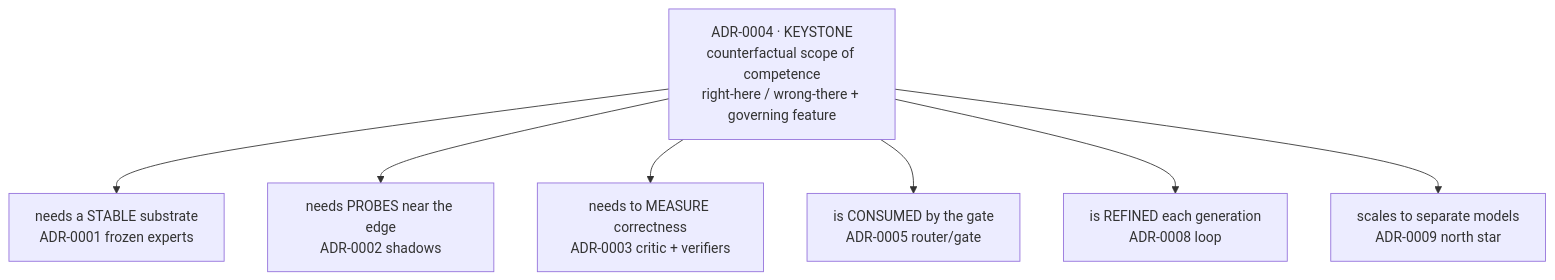
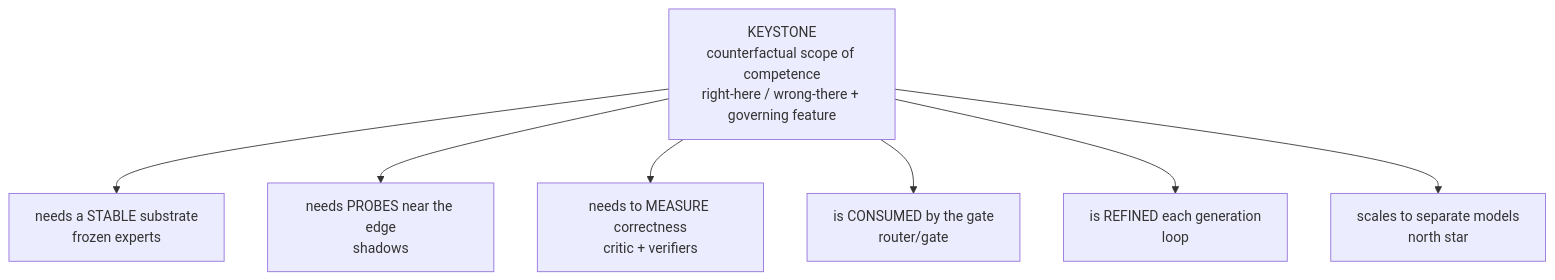
Before and after one commit to albedosehen/antumbra: the first of 5 diagrams in docs/architecture.md, drawn with Mermaid. The commit also changed other lines of this file and 93 other files, not shown here.

````diff
--- a/docs/architecture.md
+++ b/docs/architecture.md
@@ -15,10 +15,10 @@
 ```mermaid
 flowchart TD
-    T["ADR-0004 · KEYSTONE<br/>counterfactual scope of competence<br/>right-here / wrong-there + governing feature"]
-    T --> N1["needs a STABLE substrate<br/>ADR-0001 frozen experts"]
-    T --> N2["needs PROBES near the edge<br/>ADR-0002 shadows"]
-    T --> N3["needs to MEASURE correctness<br/>ADR-0003 critic + verifiers"]
-    T --> N4["is CONSUMED by the gate<br/>ADR-0005 router/gate"]
-    T --> N5["is REFINED each generation<br/>ADR-0008 loop"]
-    T --> N6["scales to separate models<br/>ADR-0009 north star"]
+    T["KEYSTONE<br/>counterfactual scope of competence<br/>right-here / wrong-there + governing feature"]
+    T --> N1["needs a STABLE substrate<br/>frozen experts"]
+    T --> N2["needs PROBES near the edge<br/>shadows"]
+    T --> N3["needs to MEASURE correctness<br/>critic + verifiers"]
+    T --> N4["is CONSUMED by the gate<br/>router/gate"]
+    T --> N5["is REFINED each generation<br/>loop"]
+    T --> N6["scales to separate models<br/>north star"]
 ```
````
